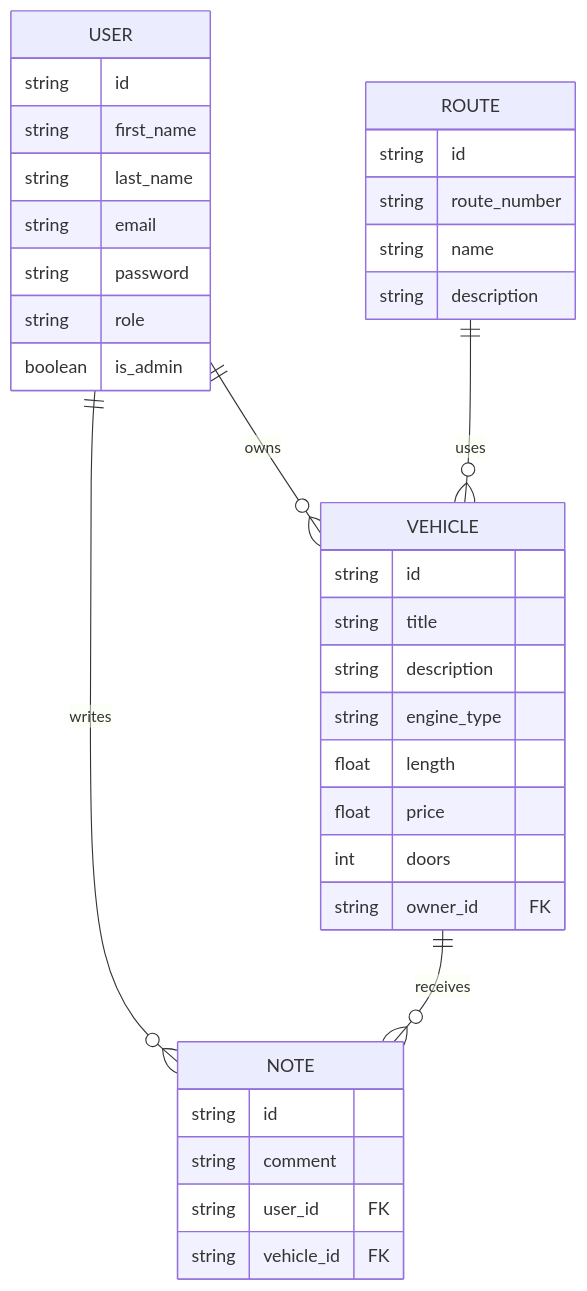
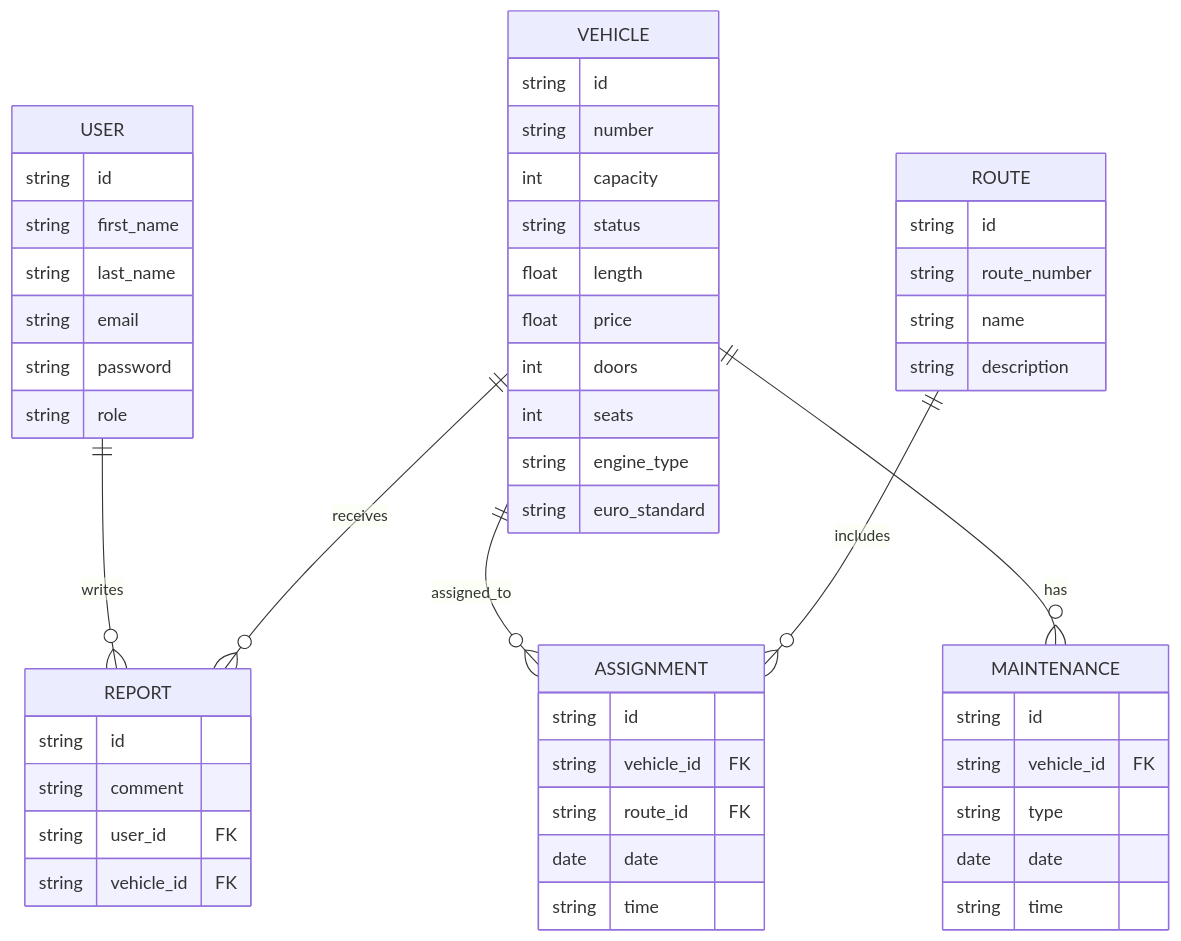
The third of 10 diagrams in README.md (Bary-G/portfolio-project_bus-fleet-management), drawn with Mermaid before and after one commit. The commit also changed other lines of this file, not shown here.

````diff
--- a/README.md
+++ b/README.md
@@ -97,39 +122,61 @@
 ```mermaid
 erDiagram
-USER ||--o{ VEHICLE : owns
-USER ||--o{ NOTE : writes
-VEHICLE ||--o{ NOTE : receives
-ROUTE ||--o{ VEHICLE : uses
+USER ||--o{ REPORT : writes
+VEHICLE ||--o{ REPORT : receives
+VEHICLE ||--o{ ASSIGNMENT : assigned_to
+ROUTE ||--o{ ASSIGNMENT : includes
+VEHICLE ||--o{ MAINTENANCE : has
+
 USER {
-string id
-string first_name
-string last_name
-string email
-string password
-string role
-boolean is_admin
+    string id
+    string first_name
+    string last_name
+    string email
+    string password
+    string role
 }
+
 VEHICLE {
-string id
-string title
-string description
-string engine_type
-float length
-float price
-int doors
-string owner_id FK
+    string id
+    string number
+    int capacity
+    string status
+    float length
+    float price
+    int doors
+    int seats
+    string engine_type
+    string euro_standard
 }
+
 ROUTE {
-string id
-string route_number
-string name
-string description
+    string id
+    string route_number
+    string name
+    string description
 }
-NOTE {
-string id
-string comment
-string user_id FK
-string vehicle_id FK
+
+REPORT {
+    string id
+    string comment
+    string user_id FK
+    string vehicle_id FK
+}
+
+ASSIGNMENT {
+    string id
+    string vehicle_id FK
+    string route_id FK
+    date date
+    string time
+}
+
+MAINTENANCE {
+    string id
+    string vehicle_id FK
+    string type
+    date date
+    string time
 }
 
 ```
````
